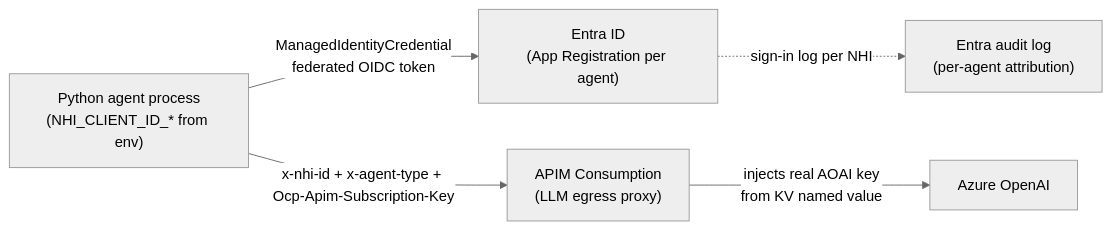
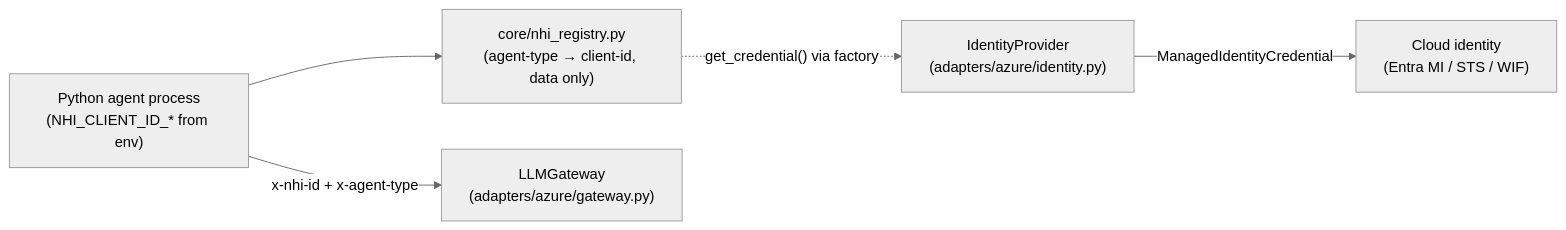
Before and after one commit to rlpatrao/agent-gov-sec: the second of 9 diagrams in docs/architecture.md, drawn with Mermaid (neutral theme). The commit also changed other lines of this file and 42 other files, not shown here.

First line of the commit message:
refactor: cloud-agnostic core + adapters, minimal payload, doc alignment

````diff
--- a/docs/architecture.md
+++ b/docs/architecture.md
@@ -77,12 +159,13 @@
 ```mermaid
 flowchart LR
   Agent["Python agent process\n(NHI_CLIENT_ID_* from env)"]
-  Entra["Entra ID\n(App Registration per agent)"]
-  APIM["APIM Consumption\n(LLM egress proxy)"]
-  AOAI["Azure OpenAI"]
+  Reg["core/nhi_registry.py\n(agent-type → client-id, data only)"]
+  IDP["IdentityProvider\n(adapters/azure/identity.py)"]
+  Cloud["Cloud identity\n(Entra MI / STS / WIF)"]
+  GW["LLMGateway\n(adapters/azure/gateway.py)"]
 
-  Agent -->|"ManagedIdentityCredential\nfederated OIDC token"| Entra
-  Agent -->|"x-nhi-id + x-agent-type + Ocp-Apim-Subscription-Key"| APIM
-  APIM -->|"injects real AOAI key\nfrom KV named value"| AOAI
-  Entra -.->|"sign-in log per NHI"| EntraLog["Entra audit log\n(per-agent attribution)"]
+  Agent --> Reg
+  Reg -. get_credential() via factory .-> IDP
+  IDP -->|"ManagedIdentityCredential"| Cloud
+  Agent -->|"x-nhi-id + x-agent-type"| GW
 ```
````
